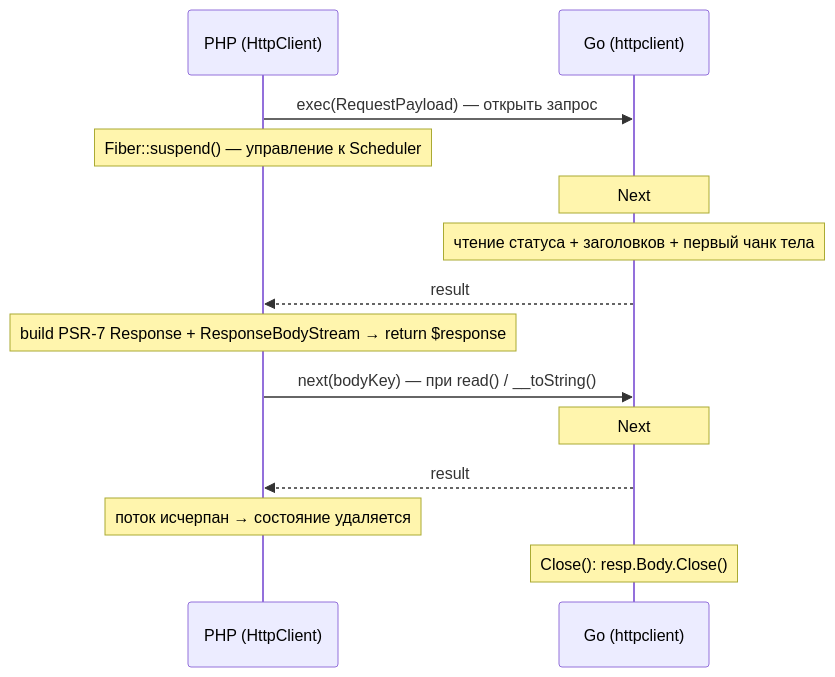
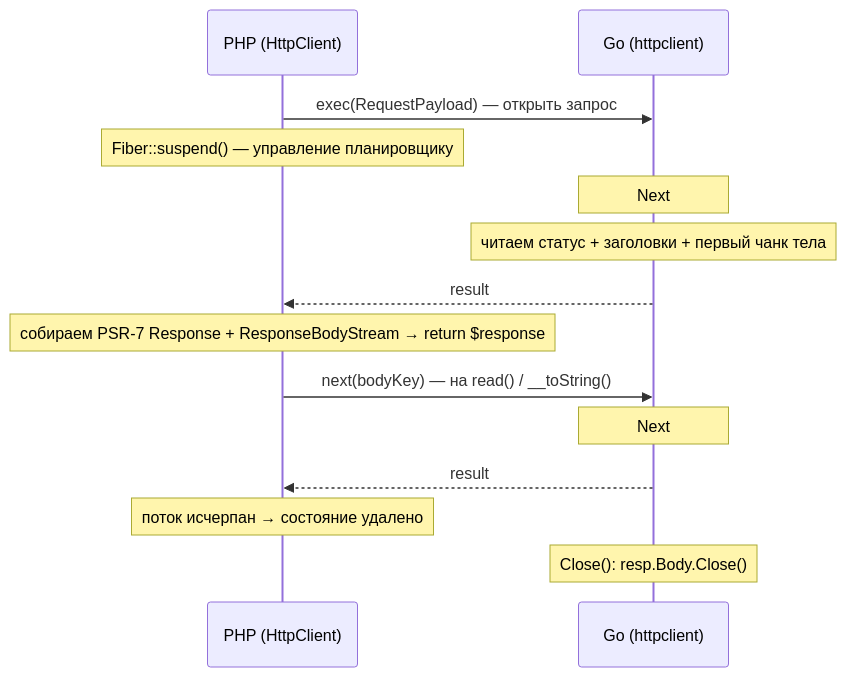
One commit to sprust/sconcur changed the diagram in docs/http-client.ru.md. Above: the diagram before and after it, drawn with Mermaid. The commit also changed other lines of this file and 42 other files, not shown here.

````diff
--- a/docs/http-client.ru.md
+++ b/docs/http-client.ru.md
@@ -33,18 +39,18 @@
 ```mermaid
 sequenceDiagram
     participant PHP as PHP (HttpClient)
     participant Go as Go (httpclient)
 
     PHP->>Go: exec(RequestPayload) — открыть запрос
-    Note over PHP: Fiber::suspend() — управление к Scheduler
+    Note over PHP: Fiber::suspend() — управление планировщику
     Note over Go: Next#1: http.Client.Do(ctx) — соединение, отправка
-    Note over Go: чтение статуса + заголовков + первый чанк тела
+    Note over Go: читаем статус + заголовки + первый чанк тела
     Go-->>PHP: result#1 {st, hd, b: firstChunk, cl} (WithNext / Success)
-    Note over PHP: build PSR-7 Response + ResponseBodyStream → return $response
+    Note over PHP: собираем PSR-7 Response + ResponseBodyStream → return $response
 
-    PHP->>Go: next(bodyKey) — при read() / __toString()
+    PHP->>Go: next(bodyKey) — на read() / __toString()
     Note over Go: Next#2..N: следующий чанк resp.Body
     Go-->>PHP: result#k — сырой чанк (WithNext, последний → Success)
-    Note over PHP: поток исчерпан → состояние удаляется
+    Note over PHP: поток исчерпан → состояние удалено
     Note over Go: Close(): resp.Body.Close()
 ```
````
